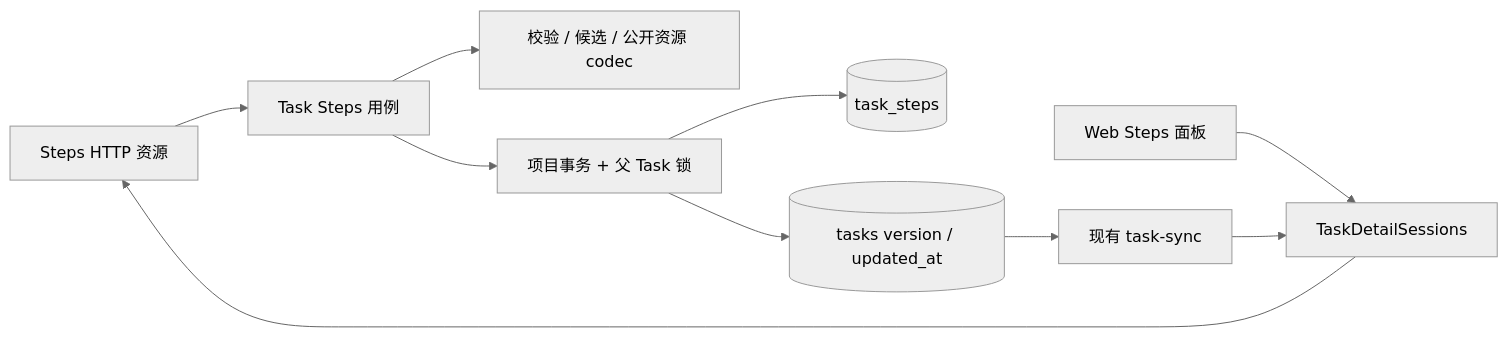
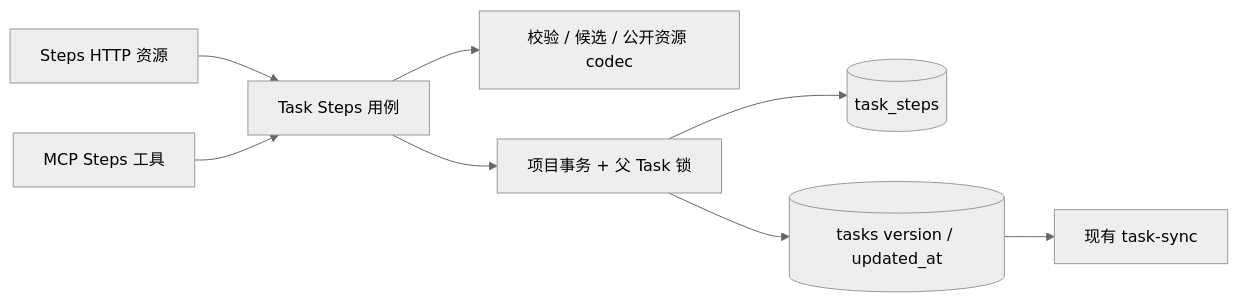
Before and after one commit to codetreker/daynight: the diagram in docs/design/daynight-task-steps.md, drawn with Mermaid (neutral theme). The commit also changed other lines of this file and 73 other files, not shown here.

First line of the commit message:
Remove Web Task Steps workspace (#2083)

````diff
--- a/docs/design/daynight-task-steps.md
+++ b/docs/design/daynight-task-steps.md
@@ -27,12 +24,10 @@
 ```mermaid
 flowchart LR
   HTTP[Steps HTTP 资源] --> Service[Task Steps 用例]
-  Web[Web Steps 面板] --> Owner[TaskDetailSessions]
-  Owner --> HTTP
+  MCP[MCP Steps 工具] --> Service
   Service --> Pure[校验 / 候选 / 公开资源 codec]
   Service --> Tx[项目事务 + 父 Task 锁]
   Tx --> Rows[(task_steps)]
   Tx --> Parent[(tasks version / updated_at)]
   Parent --> Sync[现有 task-sync]
-  Sync --> Owner
 ```
````
